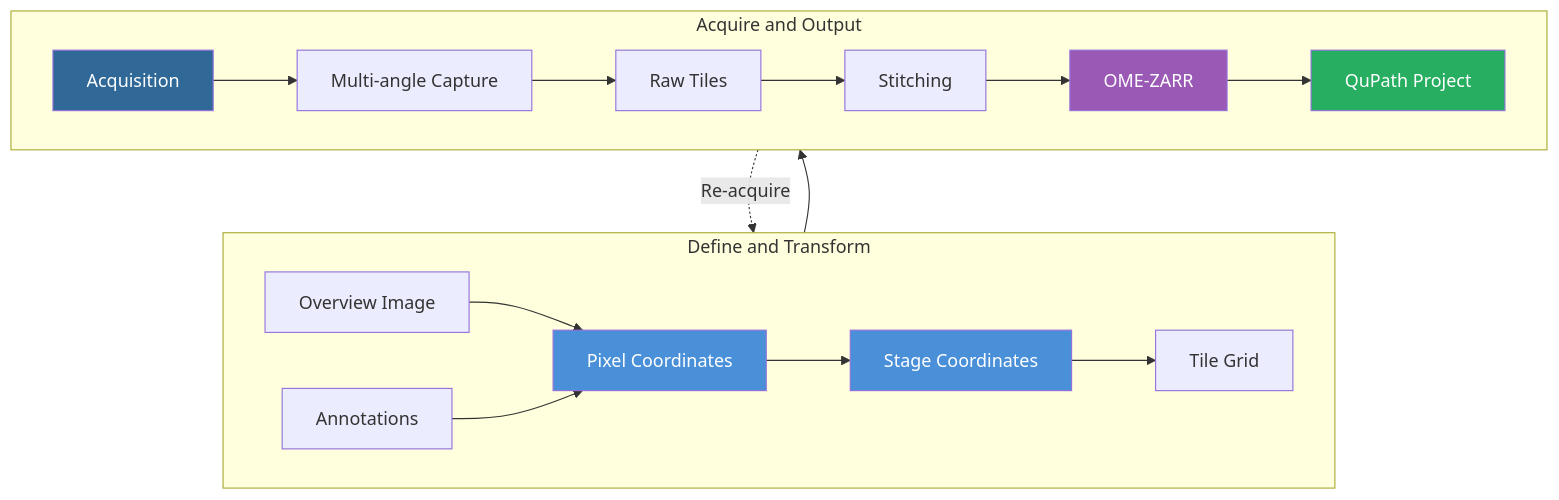
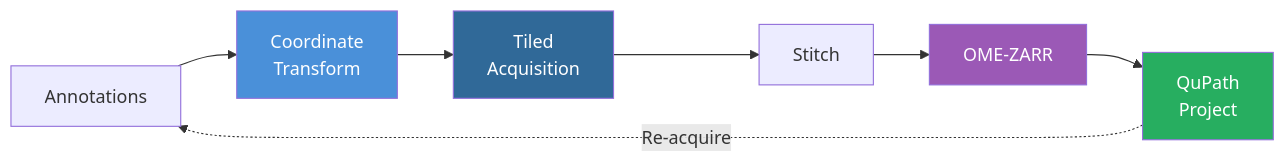
Before and after one commit to uw-loci/QPSC: the second of 3 diagrams in README.md, drawn with Mermaid. The commit also changed other lines of this file, not shown here.

Commit message:
Simplify data flow to compact single-row LR chain

````diff
--- a/README.md
+++ b/README.md
@@ -649,24 +649,10 @@
 ```mermaid
-flowchart TB
-    subgraph DefineAndTransform["Define and Transform"]
-        direction LR
-        Slide["Overview Image"] --> Pixel["Pixel Coordinates"]
-        ROI["Annotations"] --> Pixel
-        Pixel --> Stage["Stage Coordinates"] --> Grid["Tile Grid"]
-    end
+flowchart LR
+    ROI["Annotations"] --> Coords["Coordinate<br/>Transform"] --> Acq["Tiled<br/>Acquisition"] --> Stitch["Stitch"] --> ZARR["OME-ZARR"] --> Project["QuPath<br/>Project"]
+    Project -.->|"Re-acquire"| ROI
 
-    subgraph AcquireAndOutput["Acquire and Output"]
-        direction LR
-        Seq["Acquisition"] --> Cap["Multi-angle Capture"] --> Raw["Raw Tiles"]
-        Raw --> Stitch["Stitching"] --> ZARR["OME-ZARR"] --> Project["QuPath Project"]
-    end
-
-    Grid --> Seq
-    Project -.->|"Re-acquire"| Slide
-
-    style Pixel fill:#4A90D9,color:#fff
-    style Stage fill:#4A90D9,color:#fff
-    style Seq fill:#306998,color:#fff
+    style Coords fill:#4A90D9,color:#fff
+    style Acq fill:#306998,color:#fff
     style ZARR fill:#9B59B6,color:#fff
     style Project fill:#27AE60,color:#fff
 ```
````
